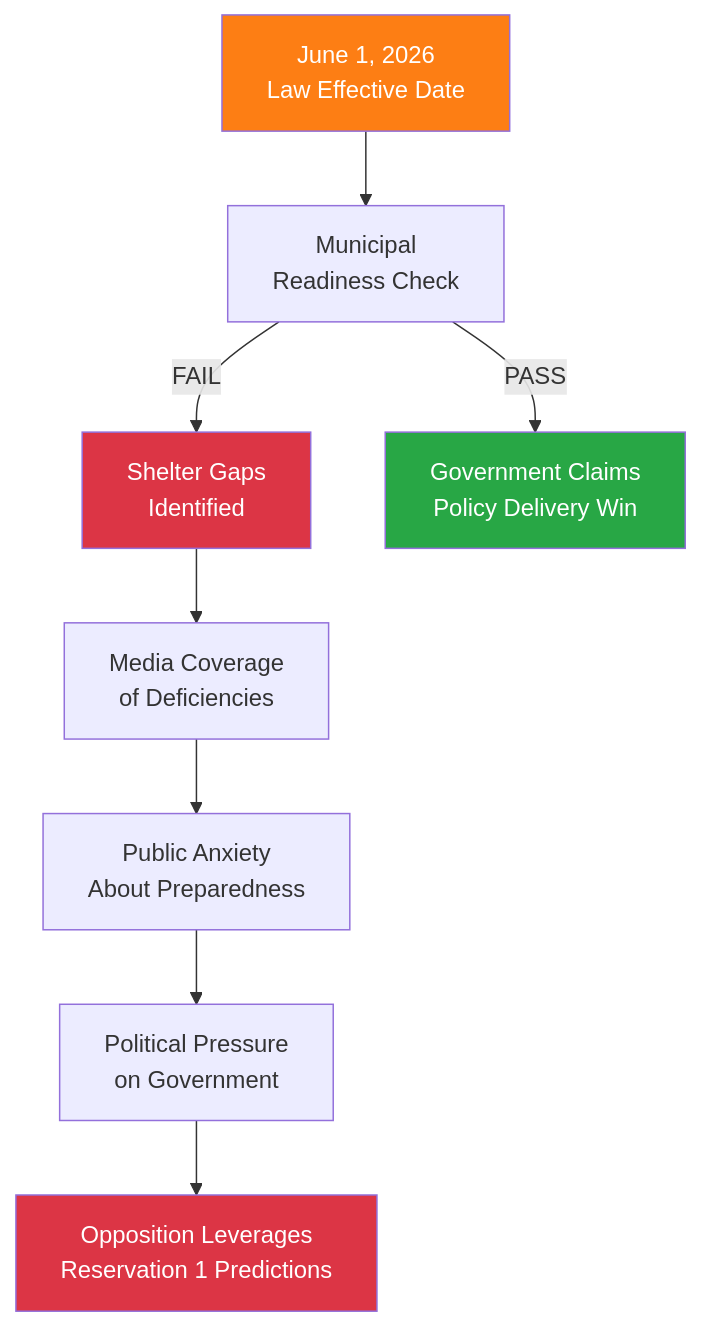
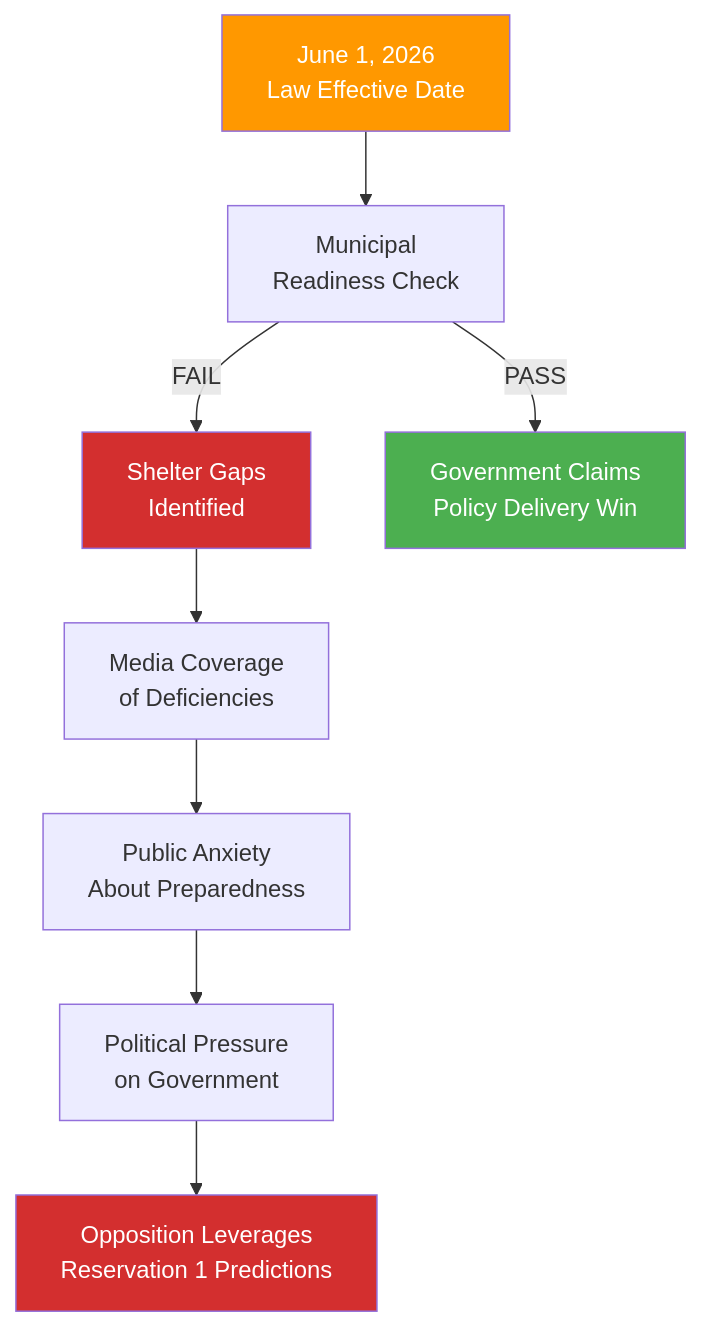
The second of 2 diagrams in analysis/daily/2026-04-03/committeeReports/risk-assessment.md (Hack23/riksdagsmonitor), drawn with Mermaid before and after one commit. The commit also changed other lines of this file and 785 other files, not shown here.

First line of the commit message:
Normalize mermaid colors across 786 analysis artifacts to ISMS Style Guide palette

````diff
--- a/analysis/daily/2026-04-03/committeeReports/risk-assessment.md
+++ b/analysis/daily/2026-04-03/committeeReports/risk-assessment.md
@@ -55,16 +55,16 @@
 ```mermaid
 graph TD
     TRIGGER["June 1, 2026<br/>Law Effective Date"] --> CHECK["Municipal<br/>Readiness Check"]
     CHECK -->|"FAIL"| GAP["Shelter Gaps<br/>Identified"]
     GAP --> MEDIA["Media Coverage<br/>of Deficiencies"]
     MEDIA --> PUBLIC["Public Anxiety<br/>About Preparedness"]
     PUBLIC --> POLITICAL["Political Pressure<br/>on Government"]
     POLITICAL --> OPPOSITION["Opposition Leverages<br/>Reservation 1 Predictions"]
 
     CHECK -->|"PASS"| SUCCESS["Government Claims<br/>Policy Delivery Win"]
 
-    style TRIGGER fill:#fd7e14,color:#fff
-    style GAP fill:#dc3545,color:#fff
-    style SUCCESS fill:#28a745,color:#fff
-    style OPPOSITION fill:#dc3545,color:#fff
+    style TRIGGER fill:#FF9800,color:#FFFFFF
+    style GAP fill:#D32F2F,color:#FFFFFF
+    style SUCCESS fill:#4CAF50,color:#FFFFFF
+    style OPPOSITION fill:#D32F2F,color:#FFFFFF
 ```
````
